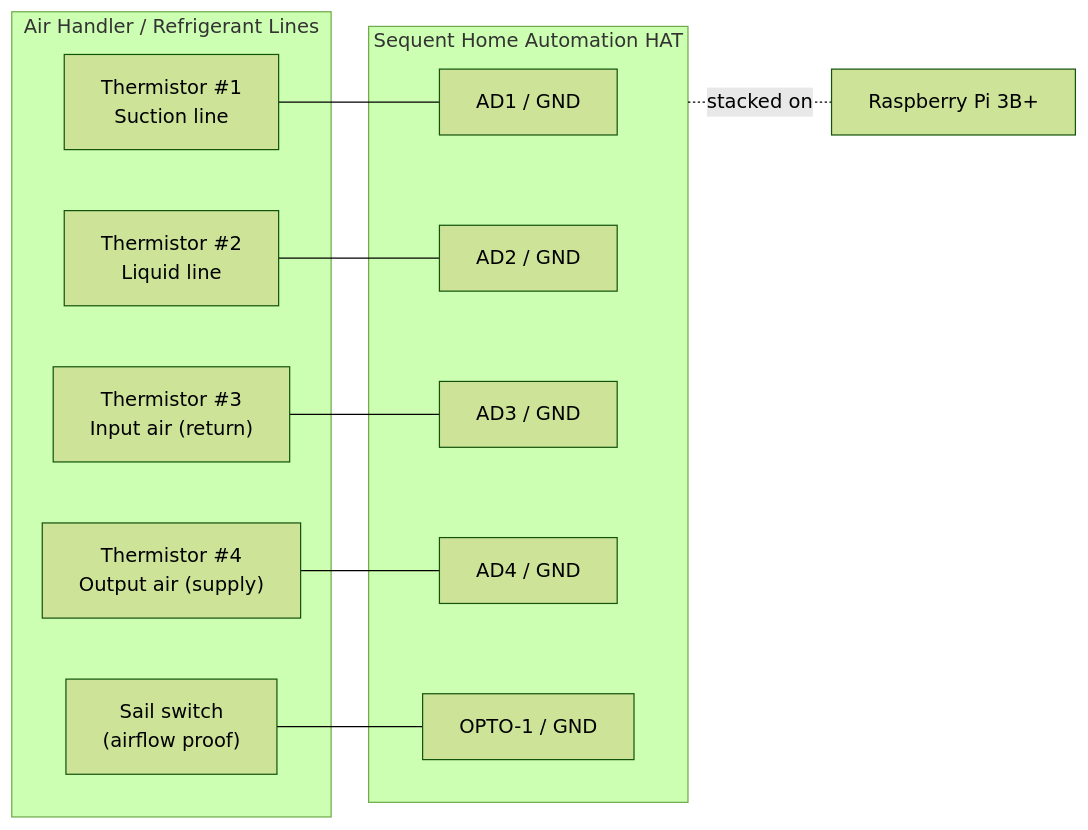
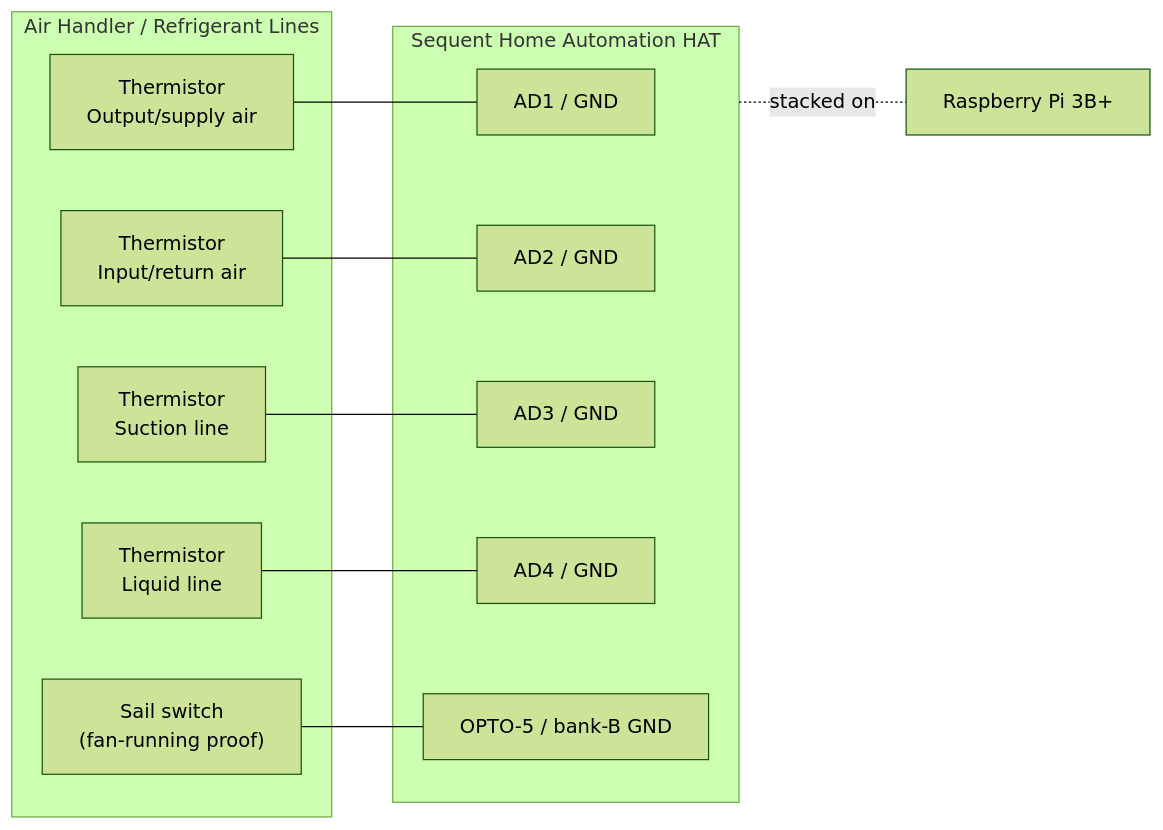
Before and after one commit to jeffstrout/ac-monitor: the diagram in docs/hardware.md, drawn with Mermaid (forest theme). The commit also changed other lines of this file and 2 other files, not shown here.

````diff
--- a/docs/hardware.md
+++ b/docs/hardware.md
@@ -118,27 +116,27 @@
 ```mermaid
 flowchart LR
     subgraph FIELD["Air Handler / Refrigerant Lines"]
-      T1["Thermistor #1<br/>Suction line"]
-      T2["Thermistor #2<br/>Liquid line"]
-      T3["Thermistor #3<br/>Input air (return)"]
-      T4["Thermistor #4<br/>Output air (supply)"]
-      SAIL["Sail switch<br/>(airflow proof)"]
+      T1["Thermistor<br/>Output/supply air"]
+      T2["Thermistor<br/>Input/return air"]
+      T3["Thermistor<br/>Suction line"]
+      T4["Thermistor<br/>Liquid line"]
+      SAIL["Sail switch<br/>(fan-running proof)"]
     end
 
     subgraph HAT["Sequent Home Automation HAT"]
       AD1["AD1 / GND"]
       AD2["AD2 / GND"]
       AD3["AD3 / GND"]
       AD4["AD4 / GND"]
-      O1["OPTO-1 / GND"]
+      O5["OPTO-5 / bank-B GND"]
     end
 
     PI["Raspberry Pi 3B+"]
 
     T1 --- AD1
     T2 --- AD2
     T3 --- AD3
     T4 --- AD4
-    SAIL --- O1
+    SAIL --- O5
     HAT -.stacked on.- PI
 ```
````
